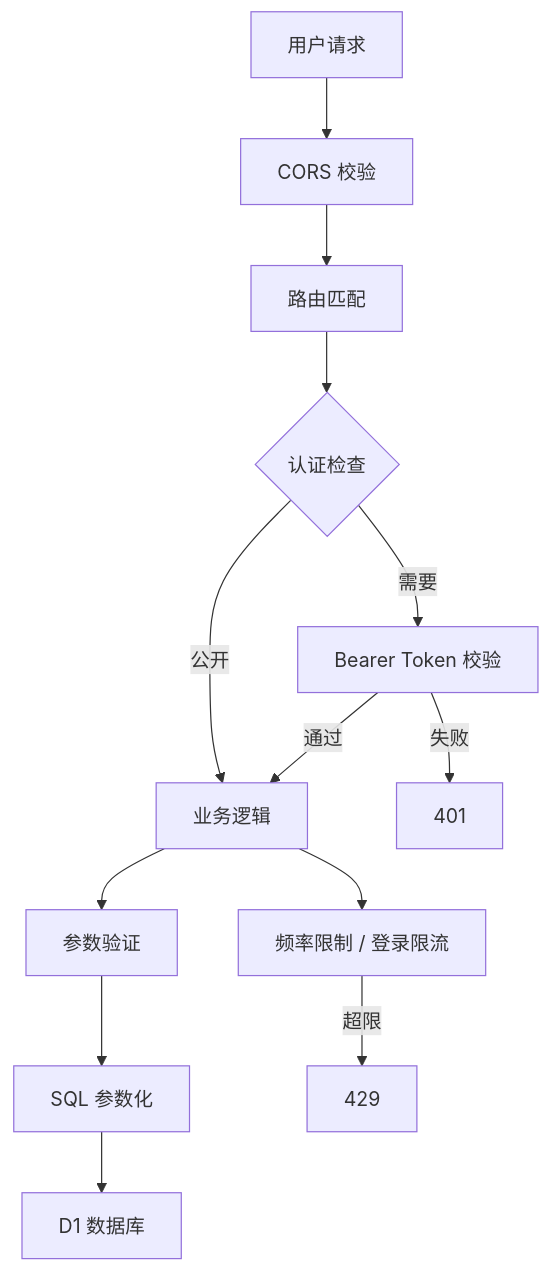
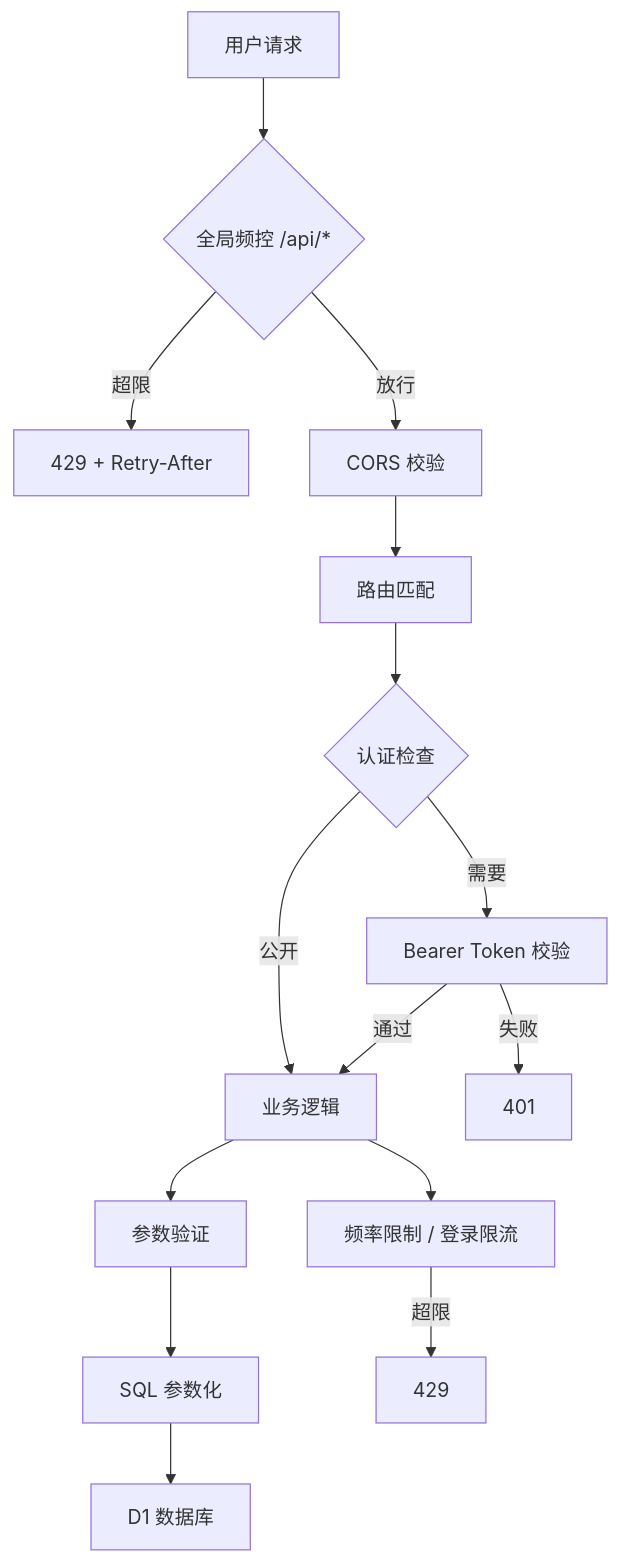
The diagram in security-overview.mdx (kejiland/qingyu-docs), drawn with Mermaid before and after one commit. The commit also changed other lines of this file and 2 other files, not shown here.

````diff
--- a/security-overview.mdx
+++ b/security-overview.mdx
@@ -8,15 +8,17 @@
 ```mermaid
 graph TB
-    A[用户请求] --> B[CORS 校验]
+    A[用户请求] --> Z{全局频控 /api/*}
+    Z -->|超限| Y[429 + Retry-After]
+    Z -->|放行| B[CORS 校验]
     B --> C[路由匹配]
     C --> D{认证检查}
     D -->|需要| E[Bearer Token 校验]
     D -->|公开| F[业务逻辑]
     E -->|通过| F
     E -->|失败| G[401]
     F --> H[参数验证]
     H --> I[SQL 参数化]
     I --> J[D1 数据库]
     F --> K[频率限制 / 登录限流]
     K -->|超限| L[429]
 ```
````
